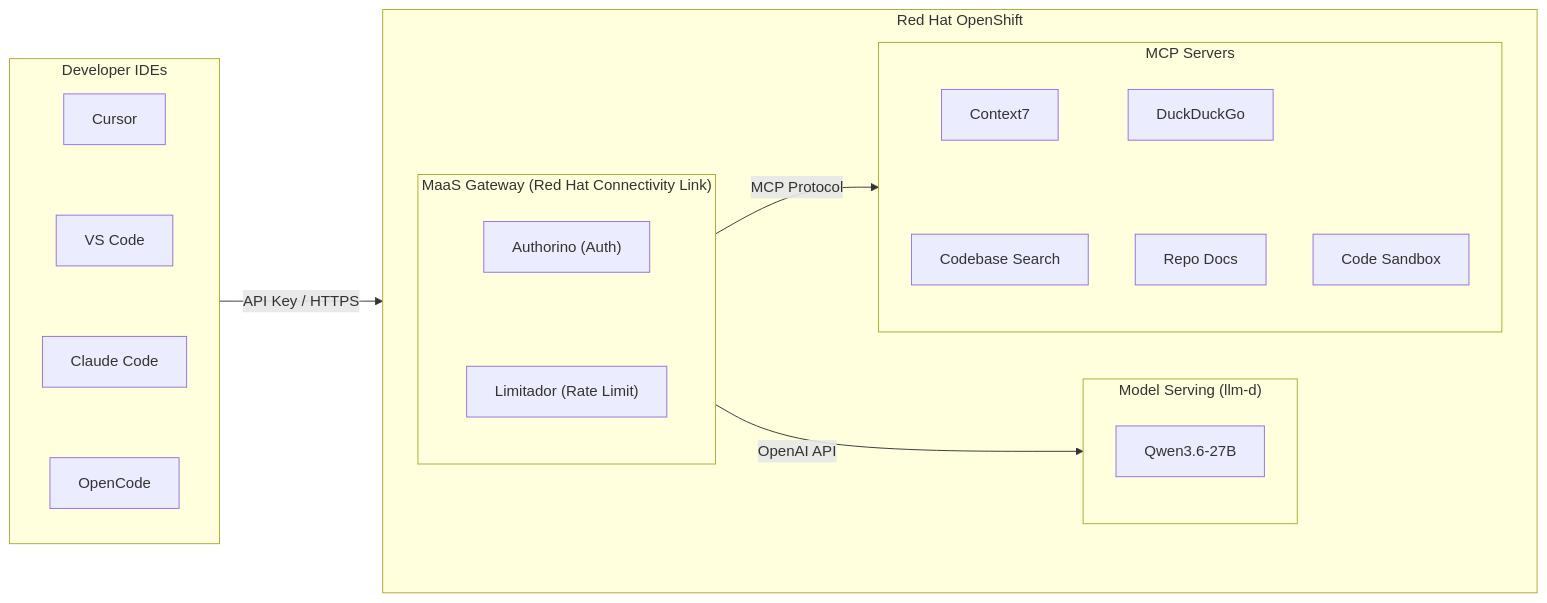
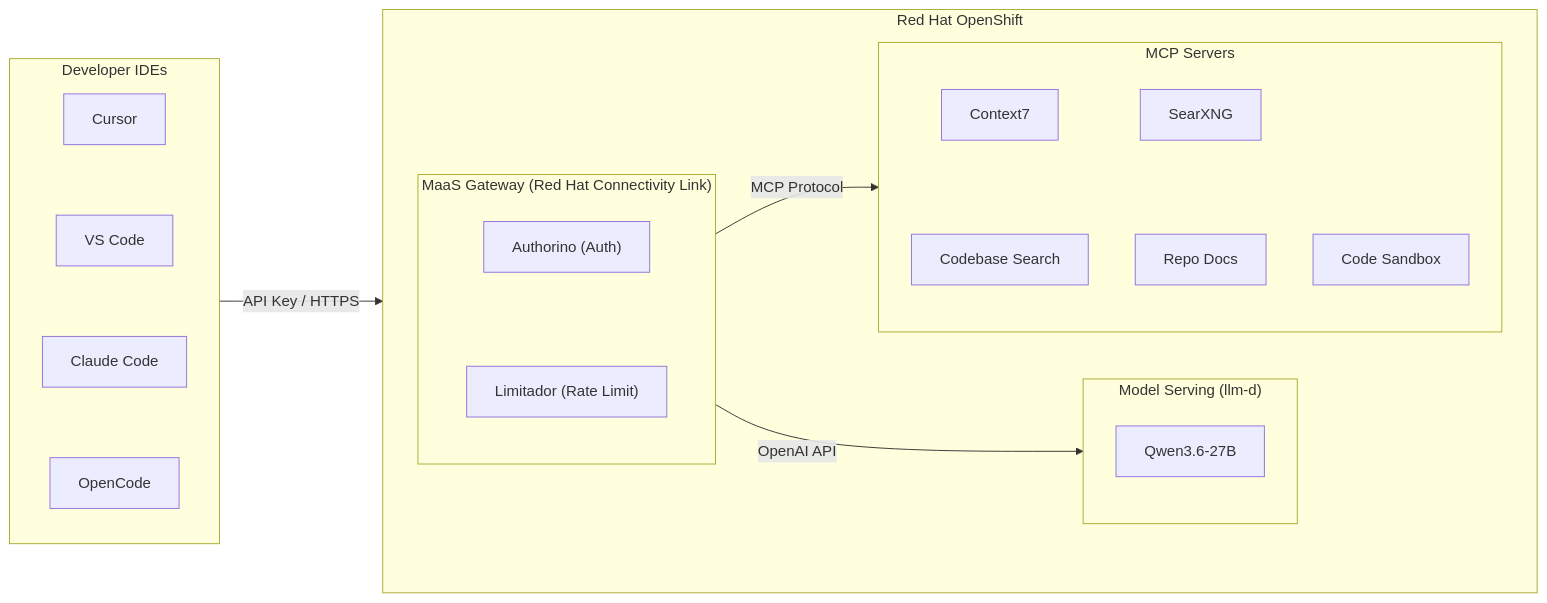
One commit to hyogrin/rhoai-coding-assistant-lab changed the diagram in README.md. Above: the diagram before and after it, drawn with Mermaid. The commit also changed other lines of this file and 13 other files, not shown here.

````diff
--- a/README.md
+++ b/README.md
@@ -7,36 +7,36 @@
 ```mermaid
 flowchart LR
     subgraph IDE["Developer IDEs"]
         direction TB
         Cursor[Cursor]
         VSCode[VS Code]
         ClaudeCode[Claude Code]
         OpenCode[OpenCode]
         Cursor ~~~ VSCode ~~~ ClaudeCode ~~~ OpenCode
     end
 
     subgraph OCP["Red Hat OpenShift"]
         direction LR
         subgraph GW["MaaS Gateway (Red Hat Connectivity Link)"]
             direction TB
             Auth["Authorino (Auth)"]
             Limit["Limitador (Rate Limit)"]
             Auth ~~~ Limit
         end
 
         subgraph Serving["Model Serving (llm-d)"]
             vLLM["Qwen3.6-27B"]
         end
 
         subgraph Tools["MCP Servers"]
             direction TB
             C7[Context7] ~~~ Search[Codebase Search] 
-            DDG[DuckDuckGo] ~~~ Docs[Repo Docs]
+            SXG[SearXNG] ~~~ Docs[Repo Docs]
             Sandbox[Code Sandbox]
         end
     end
 
     IDE -->|"API Key / HTTPS"| GW
     GW -->|"OpenAI API"| Serving
     GW -->|"MCP Protocol"| Tools
 ```
````
